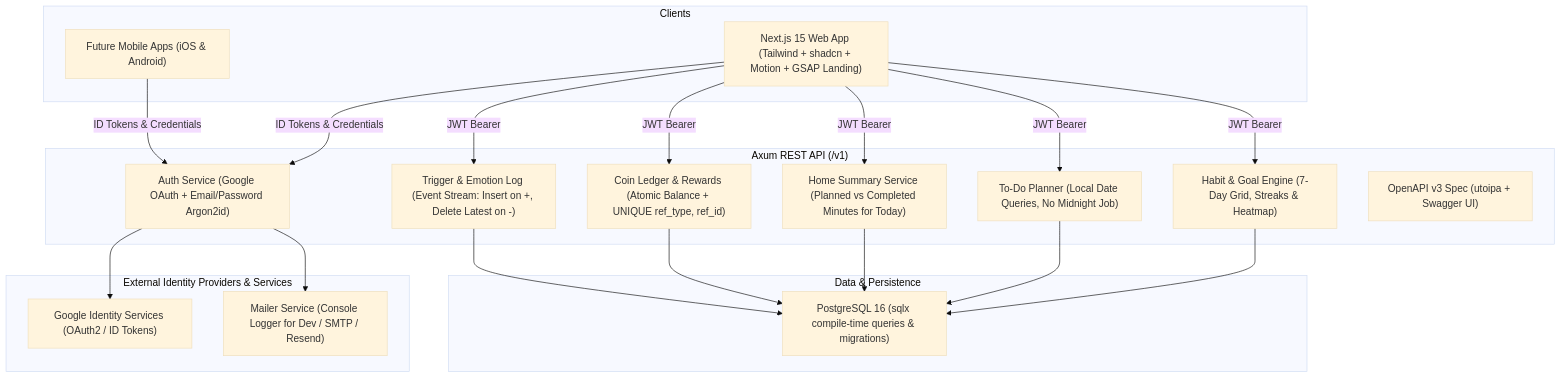
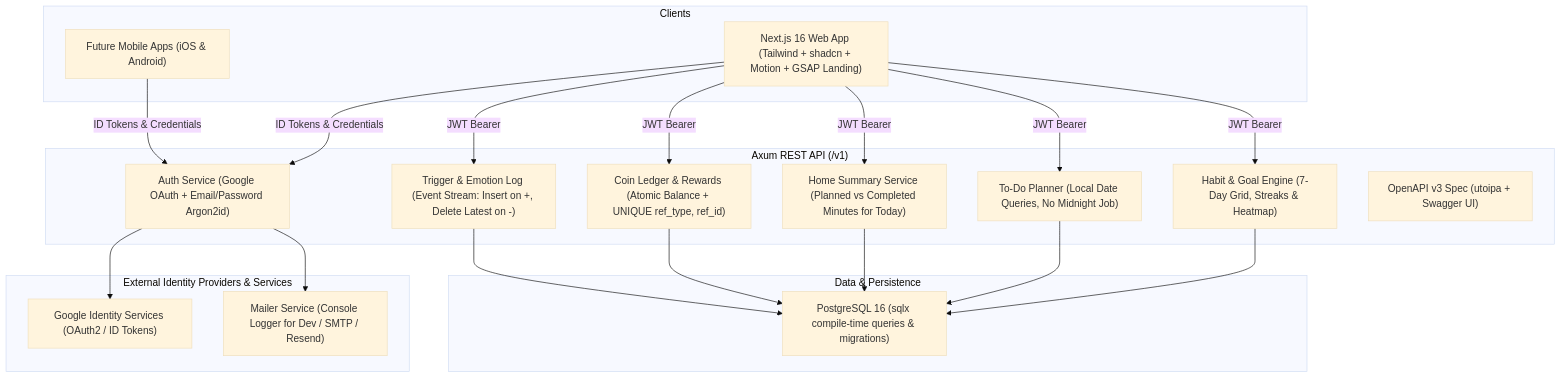
One commit to sohelhussain/onedegree changed the diagram in docs/architecture_and_implementation_plan.md. Above: the diagram before and after it, drawn with Mermaid (base theme). The commit also changed other lines of this file and 4 other files, not shown here.

````diff
--- a/docs/architecture_and_implementation_plan.md
+++ b/docs/architecture_and_implementation_plan.md
@@ -9,43 +9,43 @@
 ```mermaid
 flowchart TD
     subgraph Clients["Clients"]
-        Web["Next.js 15 Web App (Tailwind + shadcn + Motion + GSAP Landing)"]
+        Web["Next.js 16 Web App (Tailwind + shadcn + Motion + GSAP Landing)"]
         MobileFuture["Future Mobile Apps (iOS & Android)"]
     end
 
     subgraph Backend["Axum REST API (/v1)"]
         AuthHandler["Auth Service (Google OAuth + Email/Password Argon2id)"]
         HabitService["Habit & Goal Engine (7-Day Grid, Streaks & Heatmap)"]
         TodoService["To-Do Planner (Local Date Queries, No Midnight Job)"]
         HomeService["Home Summary Service (Planned vs Completed Minutes for Today)"]
         CoinService["Coin Ledger & Rewards (Atomic Balance + UNIQUE ref_type, ref_id)"]
         TriggerService["Trigger & Emotion Log (Event Stream: Insert on +, Delete Latest on -)"]
         OpenApi["OpenAPI v3 Spec (utoipa + Swagger UI)"]
     end
 
     subgraph DataStore["Data & Persistence"]
         Postgres["PostgreSQL 16 (sqlx compile-time queries & migrations)"]
     end
 
     subgraph External["External Identity Providers & Services"]
         GoogleAuth["Google Identity Services (OAuth2 / ID Tokens)"]
         MailerService["Mailer Service (Console Logger for Dev / SMTP / Resend)"]
     end
 
     Web -->|"ID Tokens & Credentials"| AuthHandler
     MobileFuture -->|"ID Tokens & Credentials"| AuthHandler
     AuthHandler --> GoogleAuth
     AuthHandler --> MailerService
     
     Web -->|"JWT Bearer"| HabitService
     Web -->|"JWT Bearer"| TodoService
     Web -->|"JWT Bearer"| HomeService
     Web -->|"JWT Bearer"| CoinService
     Web -->|"JWT Bearer"| TriggerService
 
     HabitService --> Postgres
     TodoService --> Postgres
     HomeService --> Postgres
     CoinService --> Postgres
     TriggerService --> Postgres
 ```
````
